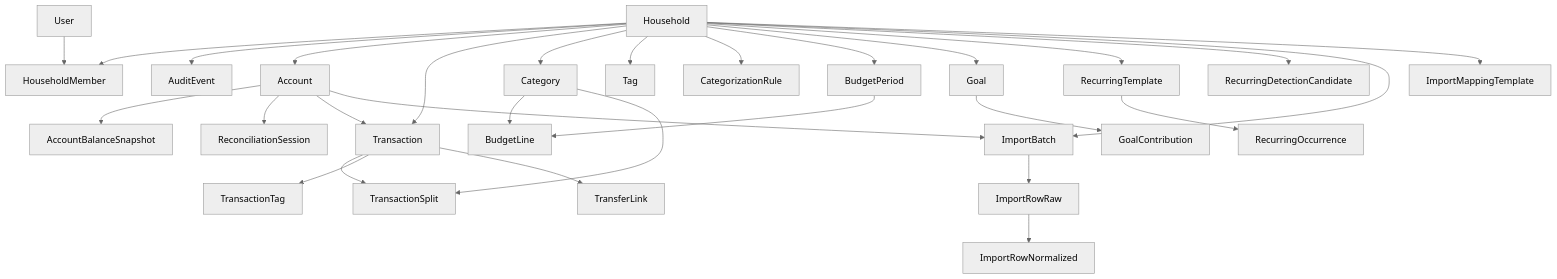
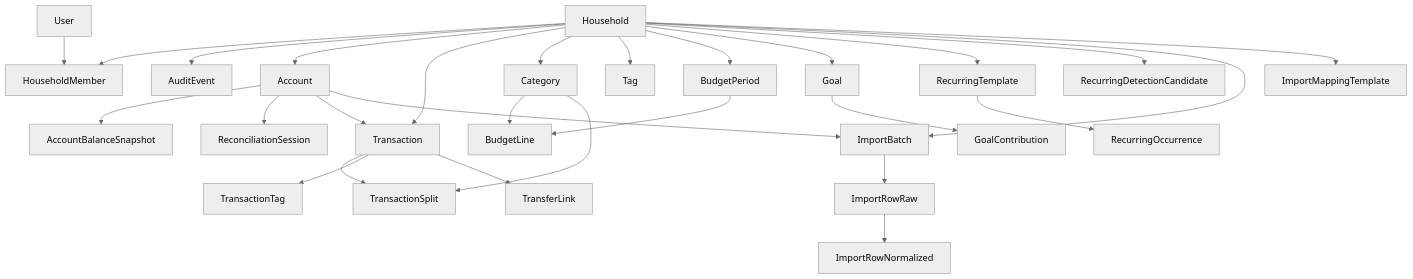
The first of 2 diagrams in docs/agent/02-domain-model.md (BenShuan/Financial-Management), drawn with Mermaid (neutral theme) before and after one commit. The commit also changed other lines of this file and 7 other files, not shown here.

````diff
--- a/docs/agent/02-domain-model.md
+++ b/docs/agent/02-domain-model.md
@@ -43,70 +42,68 @@
 ```mermaid
 flowchart TD
     Household[Household]
     User[User]
     HouseholdMember[HouseholdMember]
     AuditEvent[AuditEvent]
 
     Account[Account]
     AccountBalanceSnapshot[AccountBalanceSnapshot]
     ReconciliationSession[ReconciliationSession]
 
     Transaction[Transaction]
     TransactionSplit[TransactionSplit]
     TransferLink[TransferLink]
     TransactionTag[TransactionTag]
 
     Category[Category]
     Tag[Tag]
-    CategorizationRule[CategorizationRule]
 
     BudgetPeriod[BudgetPeriod]
     BudgetLine[BudgetLine]
     Goal[Goal]
     GoalContribution[GoalContribution]
 
     RecurringTemplate[RecurringTemplate]
     RecurringOccurrence[RecurringOccurrence]
     RecurringDetectionCandidate[RecurringDetectionCandidate]
 
     ImportBatch[ImportBatch]
     ImportRowRaw[ImportRowRaw]
     ImportRowNormalized[ImportRowNormalized]
     ImportMappingTemplate[ImportMappingTemplate]
 
     Household --> HouseholdMember
     User --> HouseholdMember
     Household --> AuditEvent
 
     Household --> Account
     Account --> AccountBalanceSnapshot
     Account --> ReconciliationSession
 
     Household --> Transaction
     Account --> Transaction
     Transaction --> TransactionSplit
     Transaction --> TransactionTag
     Transaction --> TransferLink
 
     Household --> Category
     Household --> Tag
-    Household --> CategorizationRule
     Category --> BudgetLine
     Category --> TransactionSplit
 
     Household --> BudgetPeriod
     BudgetPeriod --> BudgetLine
 
     Household --> Goal
     Goal --> GoalContribution
 
     Household --> RecurringTemplate
     RecurringTemplate --> RecurringOccurrence
     Household --> RecurringDetectionCandidate
 
     Household --> ImportBatch
     Account --> ImportBatch
     ImportBatch --> ImportRowRaw
     ImportRowRaw --> ImportRowNormalized
     Household --> ImportMappingTemplate
 ```
````
